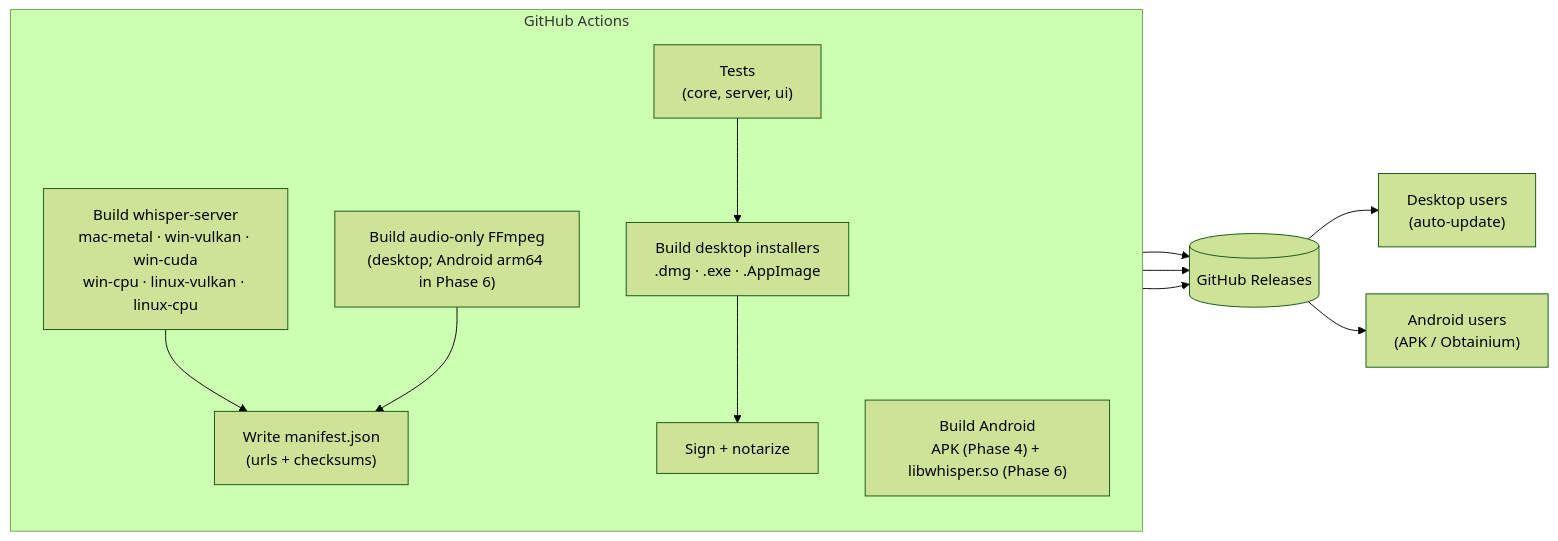
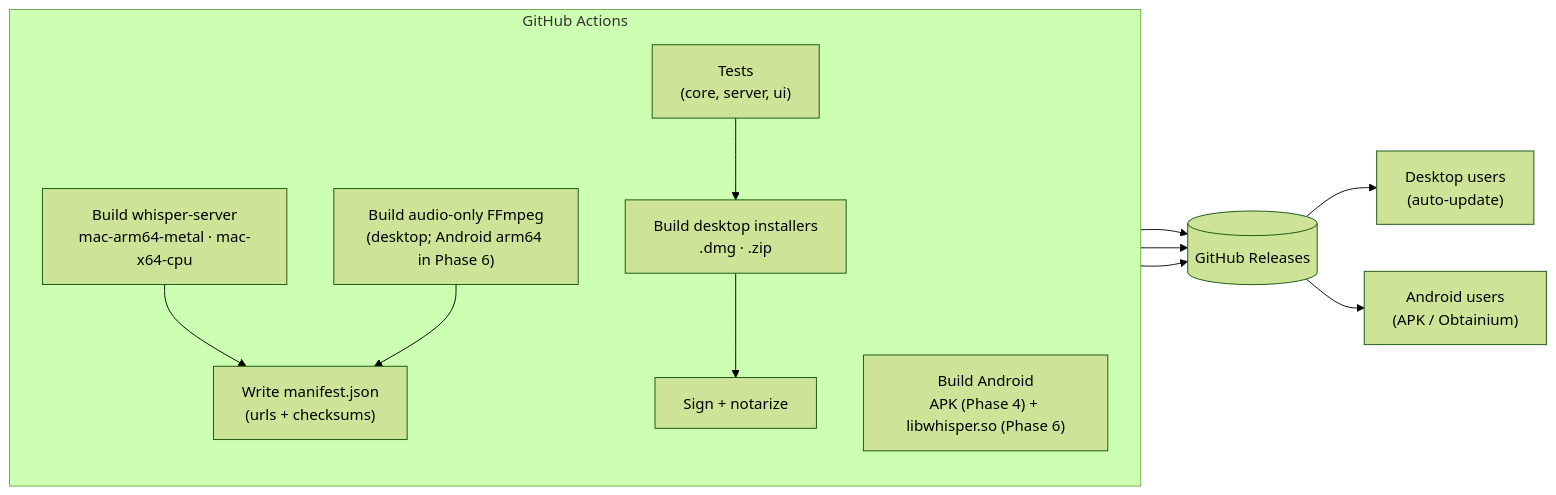
One commit to PrathameshBelvalkar/web-asmrone changed diagram 21 of 21 in PLAN.md. Above: the diagram before and after it, drawn with Mermaid (forest theme). The commit also changed other lines of this file and 29 other files, not shown here.

First line of the commit message:
Make Echo Desktop Mac-only

````diff
--- a/PLAN.md
+++ b/PLAN.md
@@ -944,22 +937,22 @@
 ```mermaid
 flowchart LR
     subgraph CI["GitHub Actions"]
         direction TB
         T["Tests<br/>(core, server, ui)"]
-        BW["Build whisper-server<br/>mac-metal · win-vulkan · win-cuda<br/>win-cpu · linux-vulkan · linux-cpu"]
+        BW["Build whisper-server<br/>mac-arm64-metal · mac-x64-cpu"]
         BF["Build audio-only FFmpeg<br/>(desktop; Android arm64 in Phase 6)"]
         BA["Build Android<br/>APK (Phase 4) + libwhisper.so (Phase 6)"]
-        BD["Build desktop installers<br/>.dmg · .exe · .AppImage"]
+        BD["Build desktop installers<br/>.dmg · .zip"]
         SIGN["Sign + notarize"]
         MAN["Write manifest.json<br/>(urls + checksums)"]
         T --> BD
         BW --> MAN
         BF --> MAN
         BD --> SIGN
     end
     MAN --> REL[("GitHub Releases")]
     SIGN --> REL
     BA --> REL
     REL --> U1["Desktop users<br/>(auto-update)"]
     REL --> U2["Android users<br/>(APK / Obtainium)"]
 ```
````
